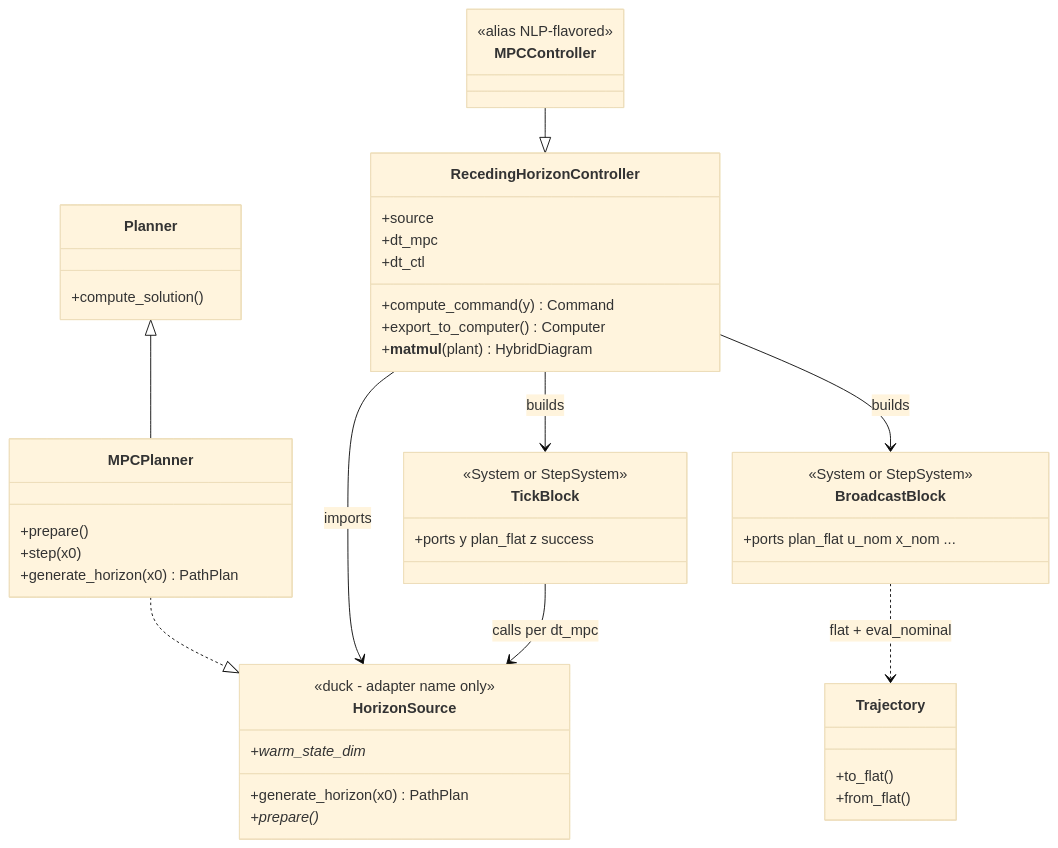
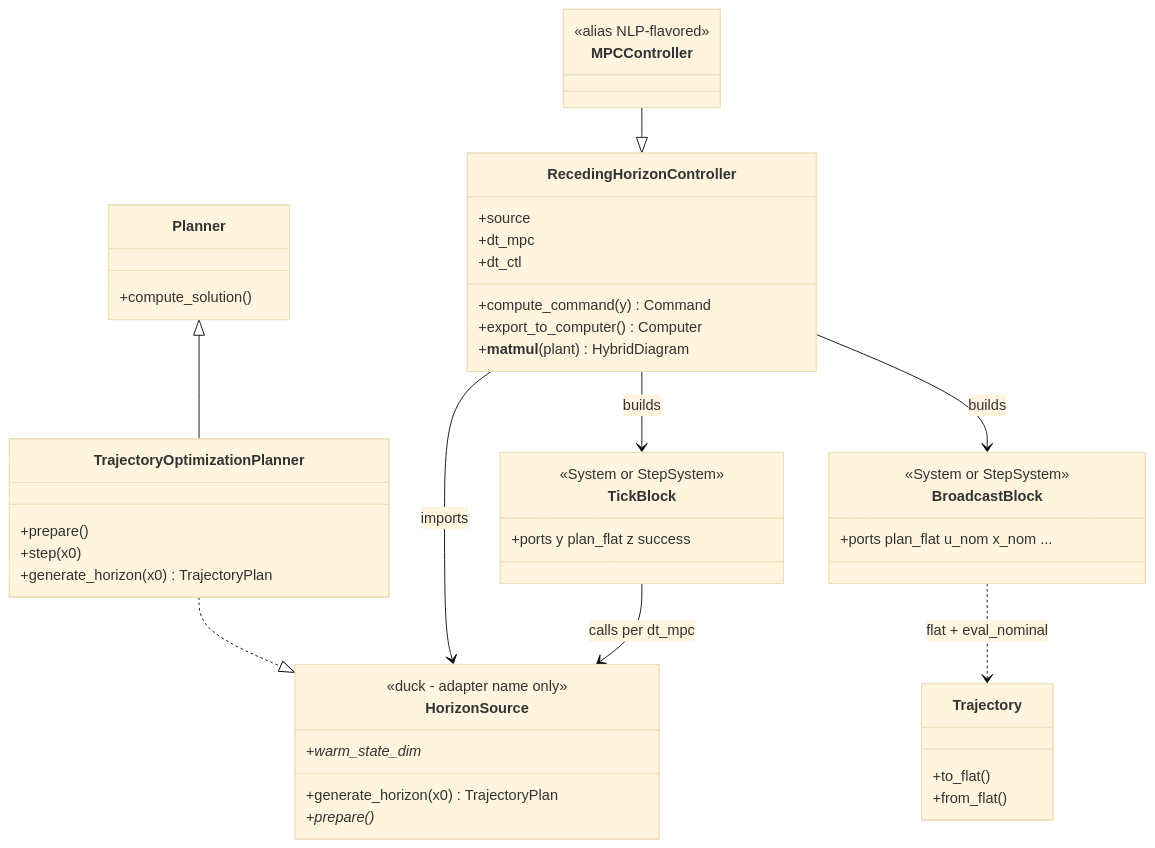
The second of 4 diagrams in docs/plans/mpc-controller-architecture.md (alx87grd/minilink), drawn with Mermaid (base theme) before and after one commit. The commit also changed other lines of this file and 1 other file, not shown here.

First line of the commit message:
docs: finalize MPC and planning pipeline architecture

````diff
--- a/docs/plans/mpc-controller-architecture.md
+++ b/docs/plans/mpc-controller-architecture.md
@@ -516,49 +521,49 @@
 ```mermaid
 classDiagram
   class Planner {
     +compute_solution()
   }
-  class MPCPlanner {
+  class TrajectoryOptimizationPlanner {
     +prepare()
     +step(x0)
-    +generate_horizon(x0) PathPlan
+    +generate_horizon(x0) TrajectoryPlan
   }
   class HorizonSource {
     <<duck - adapter name only>>
-    +generate_horizon(x0) PathPlan
+    +generate_horizon(x0) TrajectoryPlan
     +prepare()*
     +warm_state_dim*
   }
   class RecedingHorizonController {
     +source
     +dt_mpc
     +dt_ctl
     +compute_command(y) Command
     +export_to_computer() Computer
     +__matmul__(plant) HybridDiagram
   }
   class MPCController {
     <<alias NLP-flavored>>
   }
   class TickBlock {
     <<System or StepSystem>>
     +ports y plan_flat z success
   }
   class BroadcastBlock {
     <<System or StepSystem>>
     +ports plan_flat u_nom x_nom ...
   }
   class Trajectory {
     +to_flat()
     +from_flat()
   }
 
-  Planner <|-- MPCPlanner
-  MPCPlanner ..|> HorizonSource
+  Planner <|-- TrajectoryOptimizationPlanner
+  TrajectoryOptimizationPlanner ..|> HorizonSource
   RecedingHorizonController --> HorizonSource : imports
   MPCController --|> RecedingHorizonController
   RecedingHorizonController --> TickBlock : builds
   RecedingHorizonController --> BroadcastBlock : builds
   TickBlock --> HorizonSource : calls per dt_mpc
   BroadcastBlock ..> Trajectory : flat + eval_nominal
 ```
````
